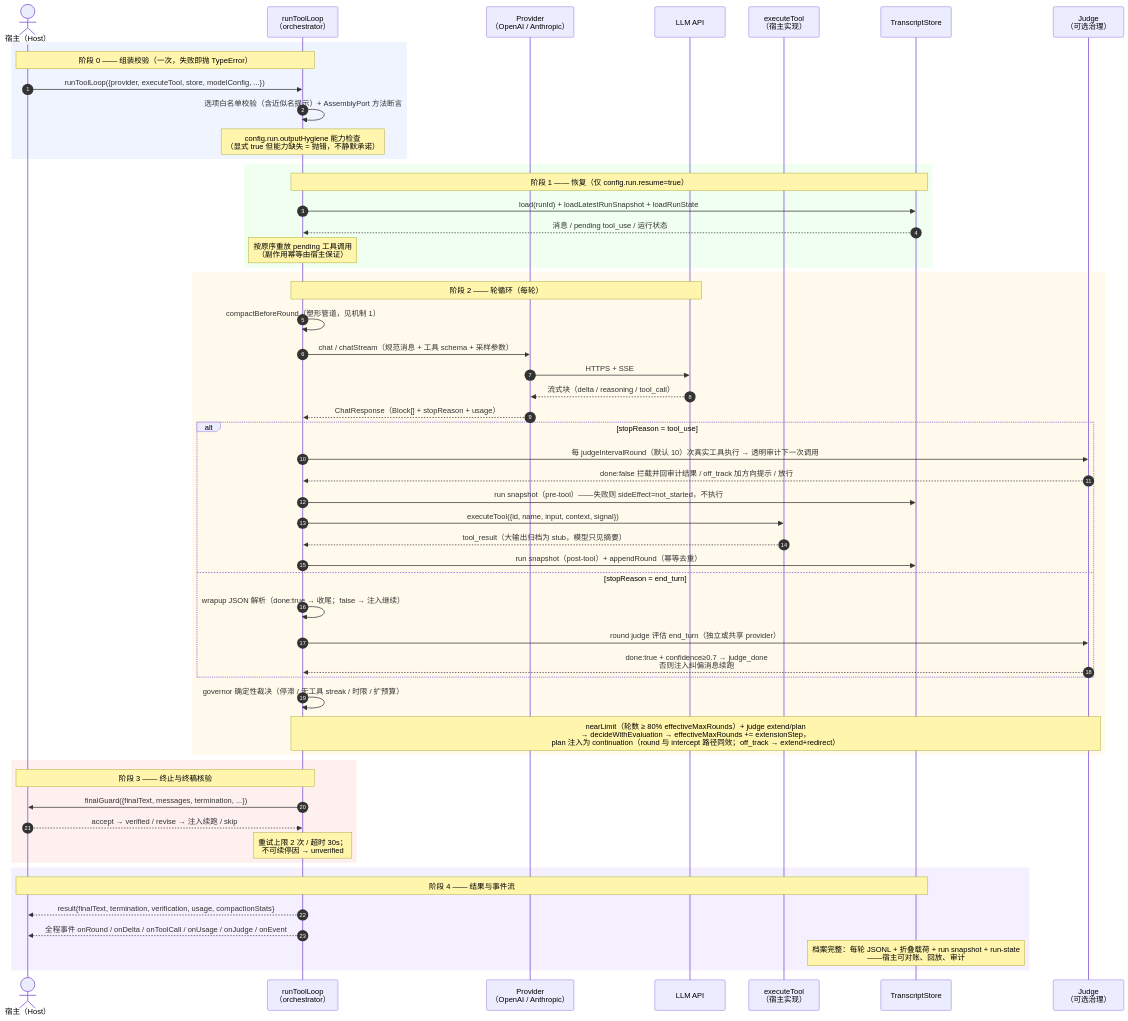
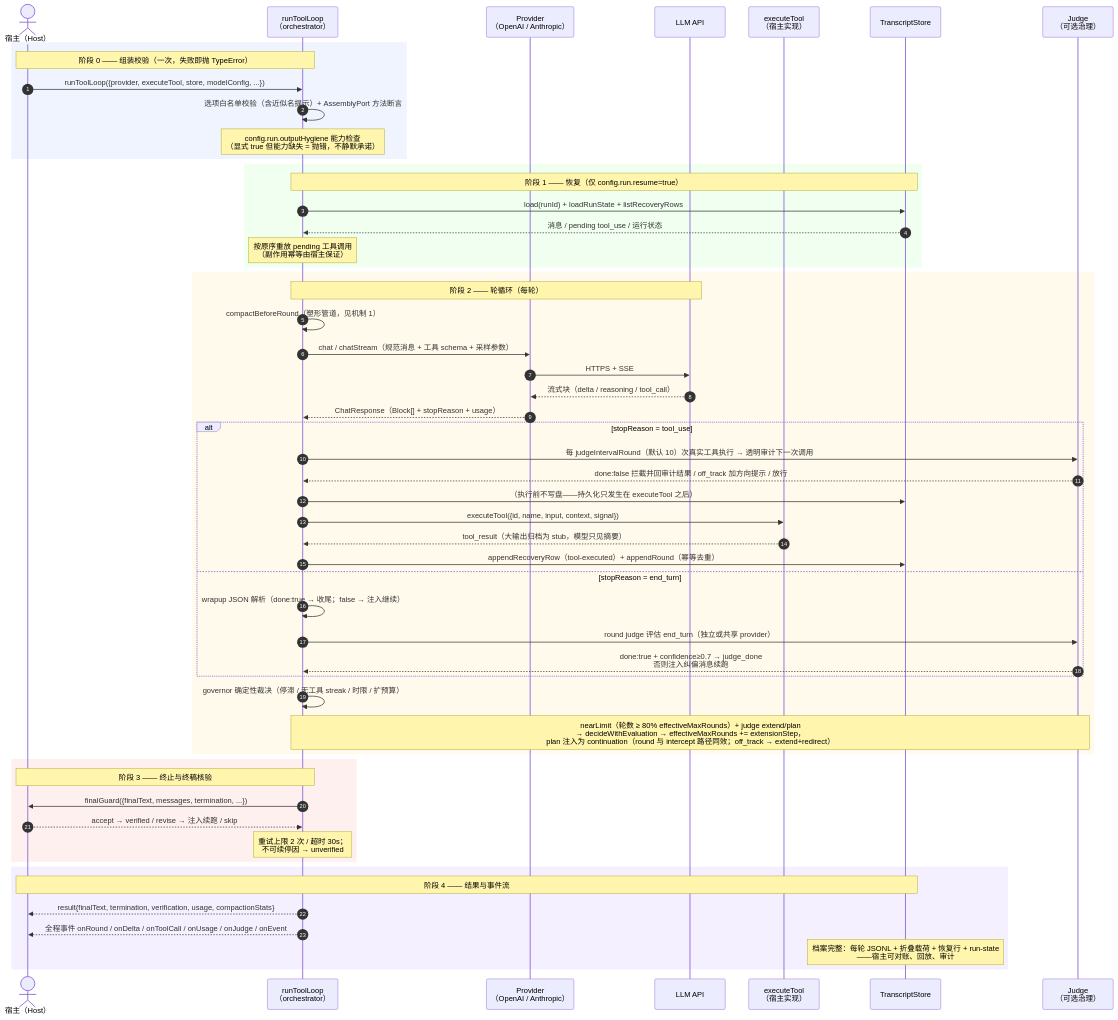
Before and after one commit to ErixWong/erix-agent: the third of 5 diagrams in docs/charts_cn.md, drawn with Mermaid. The commit also changed other lines of this file and 1 other file, not shown here.

Commit message:
docs(charts)[261123-02]: run snapshot 退役改写为账本+run-state+恢复行（D1）；只读豁免补 searchText（B2）；不写死编排行数（A3）；终止原因 11→10（A4）；扩轮步长/outputHygiene/judgeIntervalRound 更正（A5/A6/A7）；provider 工厂退役（B1）

````diff
--- a/docs/charts_cn.md
+++ b/docs/charts_cn.md
@@ -183,62 +183,62 @@
 ```mermaid
 sequenceDiagram
     autonumber
     actor H as 宿主（Host）
     participant L as runToolLoop<br/>（orchestrator）
     participant P as Provider<br/>（OpenAI / Anthropic）
     participant M as LLM API
     participant T as executeTool<br/>（宿主实现）
     participant S as TranscriptStore
     participant J as Judge<br/>（可选治理）
 
     rect rgb(240, 244, 255)
     Note over H,L: 阶段 0 —— 组装校验（一次，失败即抛 TypeError）
     H->>L: runToolLoop({provider, executeTool, store, modelConfig, ...})
     L->>L: 选项白名单校验（含近似名提示）+ AssemblyPort 方法断言
     Note over L: config.run.outputHygiene 能力检查<br/>（显式 true 但能力缺失 = 抛错，不静默承诺）
     end
 
     rect rgb(240, 255, 240)
     Note over L,S: 阶段 1 —— 恢复（仅 config.run.resume=true）
-    L->>S: load(runId) + loadLatestRunSnapshot + loadRunState
+    L->>S: load(runId) + loadRunState + listRecoveryRows
     S-->>L: 消息 / pending tool_use / 运行状态
     Note over L: 按原序重放 pending 工具调用<br/>（副作用幂等由宿主保证）
     end
 
     rect rgb(255, 250, 235)
     Note over L,M: 阶段 2 —— 轮循环（每轮）
     L->>L: compactBeforeRound（塑形管道，见机制 1）
     L->>P: chat / chatStream（规范消息 + 工具 schema + 采样参数）
     P->>M: HTTPS + SSE
     M-->>P: 流式块（delta / reasoning / tool_call）
     P-->>L: ChatResponse（Block[] + stopReason + usage）
     alt stopReason = tool_use
         L->>J: 每 judgeIntervalRound（默认 10）次真实工具执行 → 透明审计下一次调用
         J-->>L: done:false 拦截并回审计结果 / off_track 加方向提示 / 放行
-        L->>S: run snapshot（pre-tool）——失败则 sideEffect=not_started，不执行
+        L->>S: （执行前不写盘——持久化只发生在 executeTool 之后）
         L->>T: executeTool({id, name, input, context, signal})
         T-->>L: tool_result（大输出归档为 stub，模型只见摘要）
-        L->>S: run snapshot（post-tool）+ appendRound（幂等去重）
+        L->>S: appendRecoveryRow（tool-executed）+ appendRound（幂等去重）
     else stopReason = end_turn
         L->>L: wrapup JSON 解析（done:true → 收尾；false → 注入继续）
         L->>J: round judge 评估 end_turn（独立或共享 provider）
         J-->>L: done:true + confidence≥0.7 → judge_done<br/>否则注入纠偏消息续跑
     end
     L->>L: governor 确定性裁决（停滞 / 无工具 streak / 时限 / 扩预算）
     Note over L,J: nearLimit（轮数 ≥ 80% effectiveMaxRounds）+ judge extend/plan<br/>→ decideWithEvaluation → effectiveMaxRounds += extensionStep，<br/>plan 注入为 continuation（round 与 intercept 路径同效；off_track → extend+redirect）
     end
 
     rect rgb(255, 240, 240)
     Note over H,L: 阶段 3 —— 终止与终稿核验
     L->>H: finalGuard({finalText, messages, termination, ...})
     H-->>L: accept → verified / revise → 注入续跑 / skip
     Note over L: 重试上限 2 次 / 超时 30s；<br/>不可续停因 → unverified
     end
 
     rect rgb(245, 240, 255)
     Note over H,S: 阶段 4 —— 结果与事件流
     L-->>H: result{finalText, termination, verification, usage, compactionStats}
     L-->>H: 全程事件 onRound / onDelta / onToolCall / onUsage / onJudge / onEvent
-    Note over S: 档案完整：每轮 JSONL + 折叠载荷 + run snapshot + run-state<br/>——宿主可对账、回放、审计
+    Note over S: 档案完整：每轮 JSONL + 折叠载荷 + 恢复行 + run-state<br/>——宿主可对账、回放、审计
     end
 ```
````
